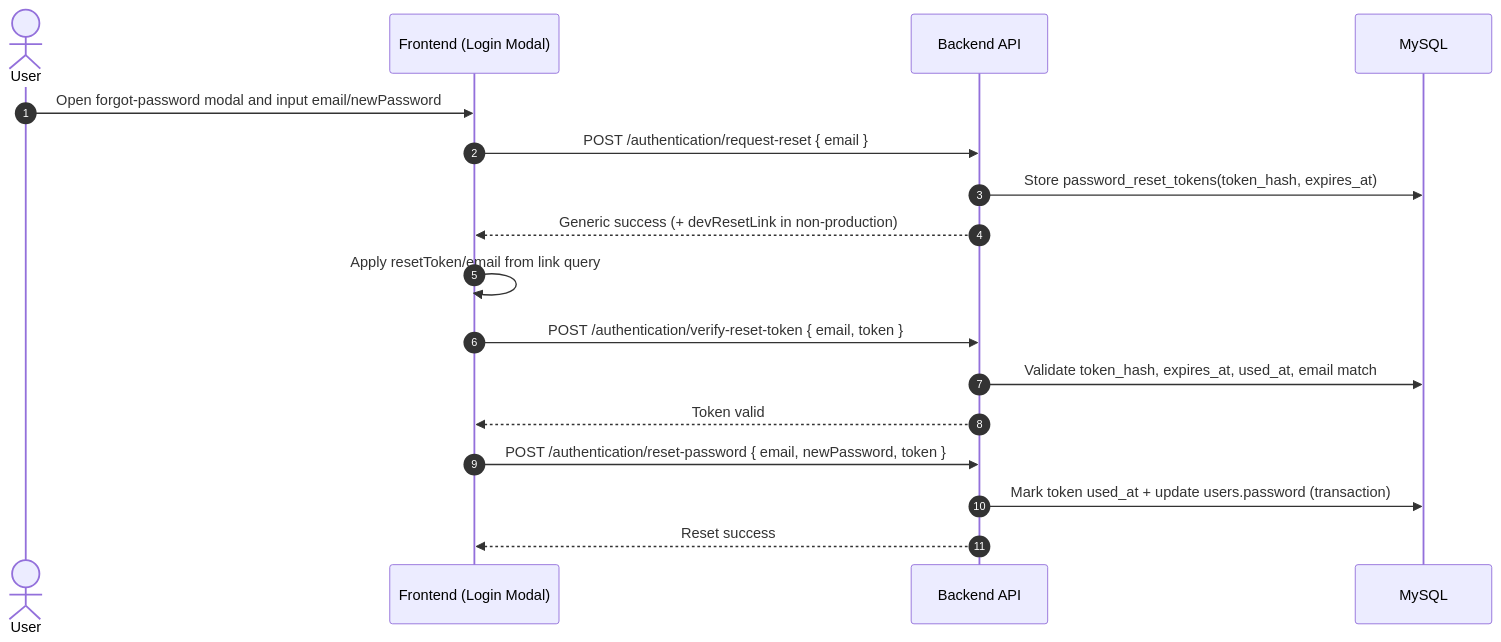
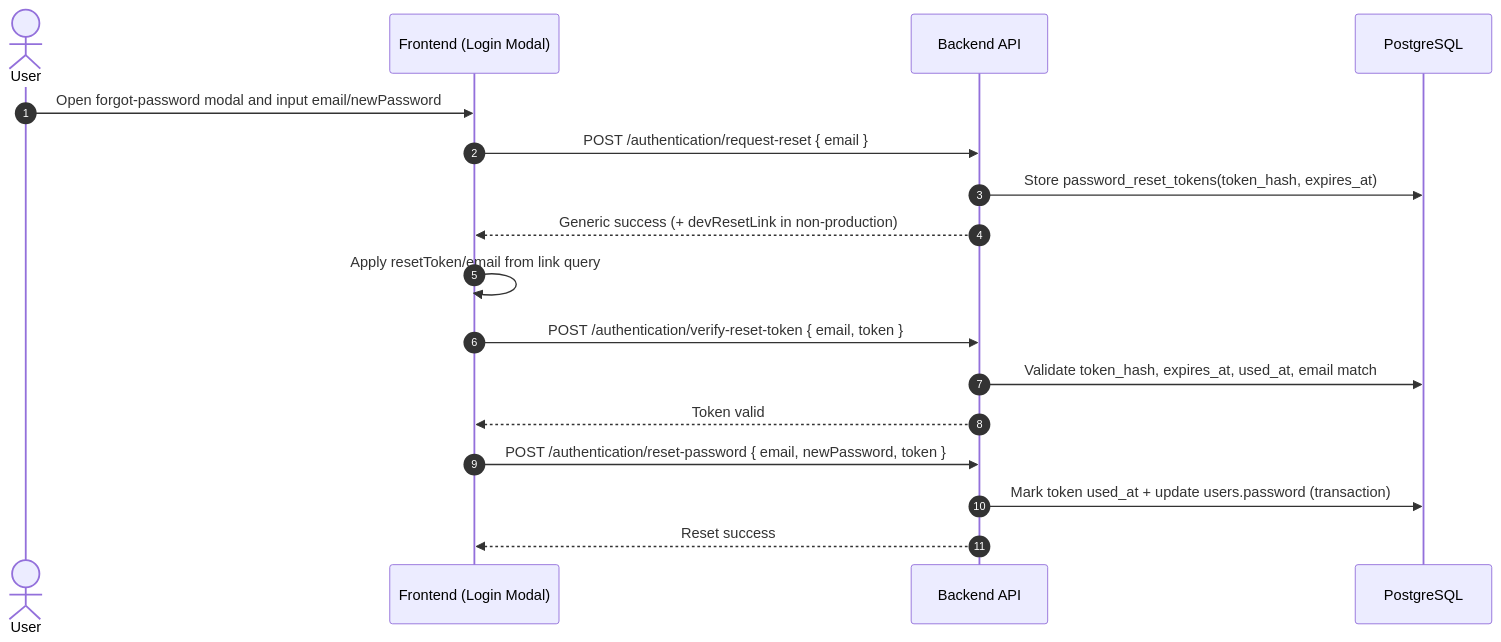
One commit to hit-that-drum/twisters-webpage changed the diagram in .agents/docs/reset-password-flow.md. Above: the diagram before and after it, drawn with Mermaid. The commit also changed other lines of this file and 16 other files, not shown here.

````diff
--- a/.agents/docs/reset-password-flow.md
+++ b/.agents/docs/reset-password-flow.md
@@ -22,20 +22,20 @@
 ```mermaid
 sequenceDiagram
   autonumber
   actor User
   participant Frontend as Frontend (Login Modal)
   participant API as Backend API
-  participant DB as MySQL
+  participant DB as PostgreSQL
 
   User->>Frontend: Open forgot-password modal and input email/newPassword
   Frontend->>API: POST /authentication/request-reset { email }
   API->>DB: Store password_reset_tokens(token_hash, expires_at)
   API-->>Frontend: Generic success (+ devResetLink in non-production)
   Frontend->>Frontend: Apply resetToken/email from link query
   Frontend->>API: POST /authentication/verify-reset-token { email, token }
   API->>DB: Validate token_hash, expires_at, used_at, email match
   API-->>Frontend: Token valid
   Frontend->>API: POST /authentication/reset-password { email, newPassword, token }
   API->>DB: Mark token used_at + update users.password (transaction)
   API-->>Frontend: Reset success
 ```
````
